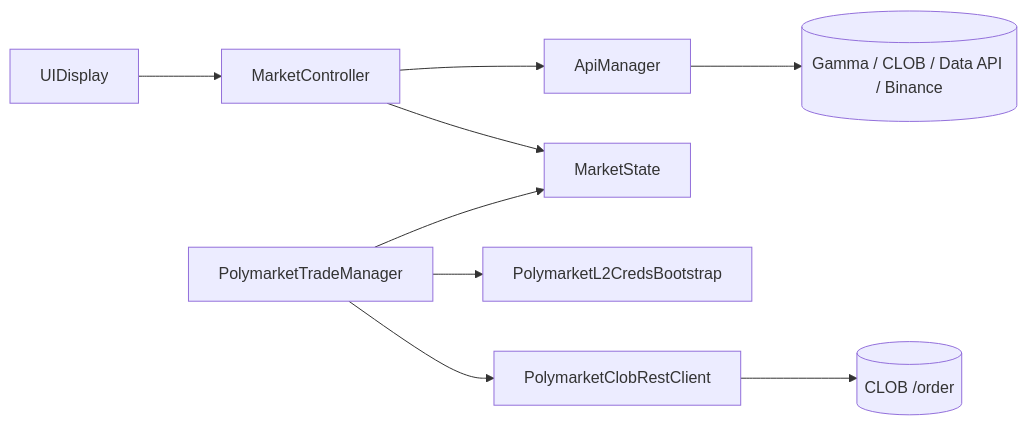
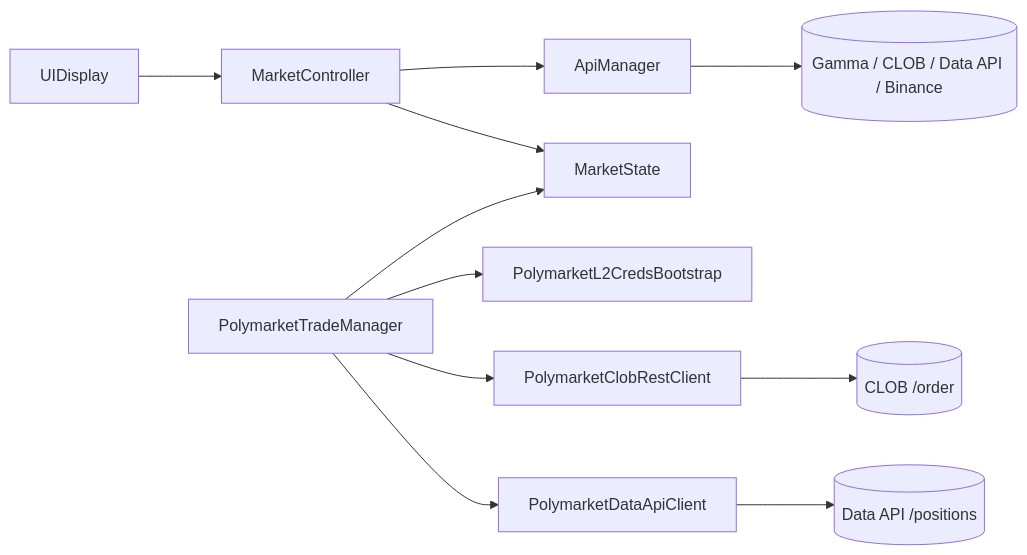
One commit to Kimarka0/Polymarket15mTrader changed the diagram in README.md. Above: the diagram before and after it, drawn with Mermaid. The commit also changed other lines of this file, not shown here.

````diff
--- a/README.md
+++ b/README.md
@@ -20,11 +21,13 @@
 ```mermaid
 graph LR
     UI[UIDisplay] --> MC[MarketController]
     MC --> API[ApiManager]
     API --> EXT[(Gamma / CLOB / Data API / Binance)]
     MC --> MS[MarketState]
     TM[PolymarketTradeManager] --> MS
     TM --> BOOT[PolymarketL2CredsBootstrap]
     TM --> REST[PolymarketClobRestClient]
     REST --> CLOB[(CLOB /order)]
+    TM --> DATA[PolymarketDataApiClient]
+    DATA --> POS[(Data API /positions)]
 ```
````
